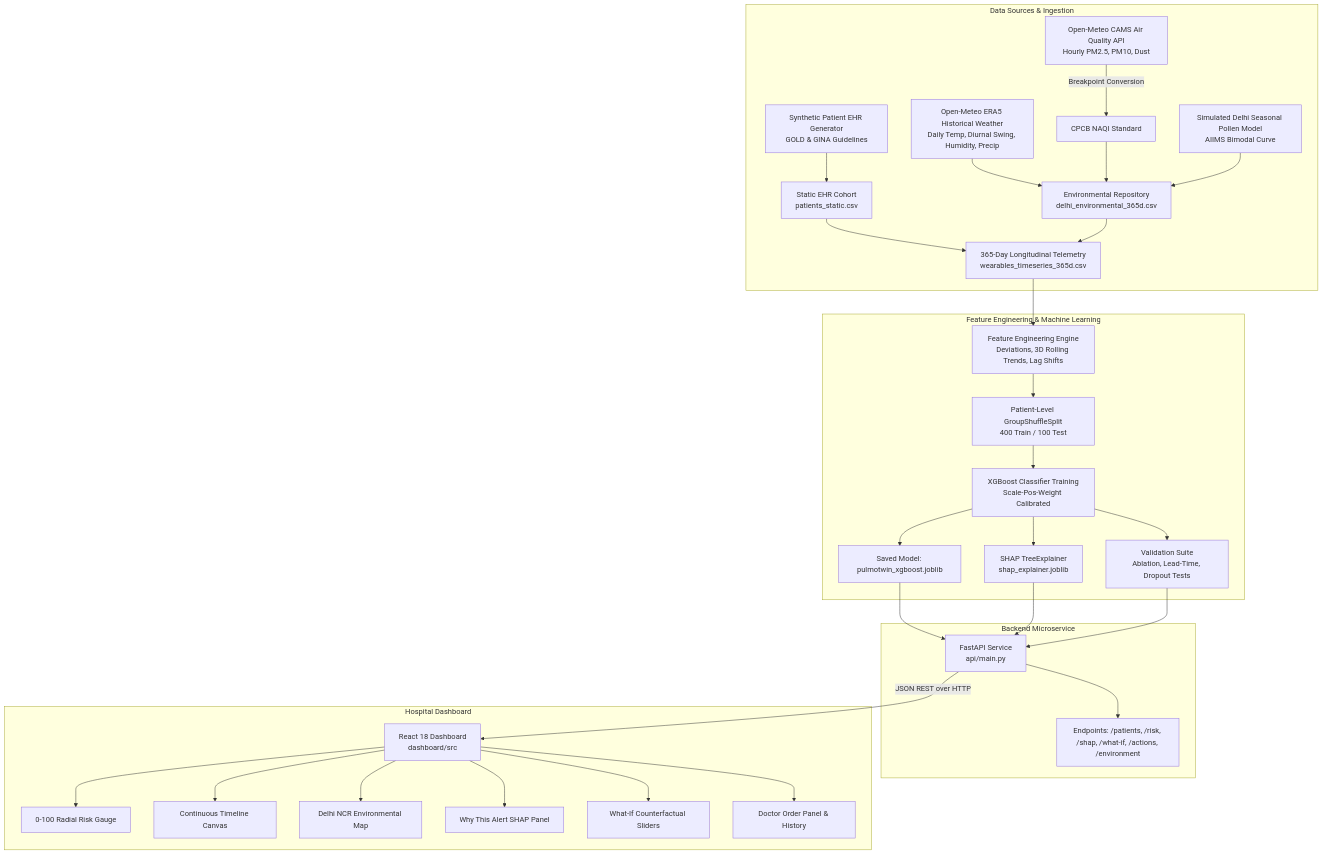
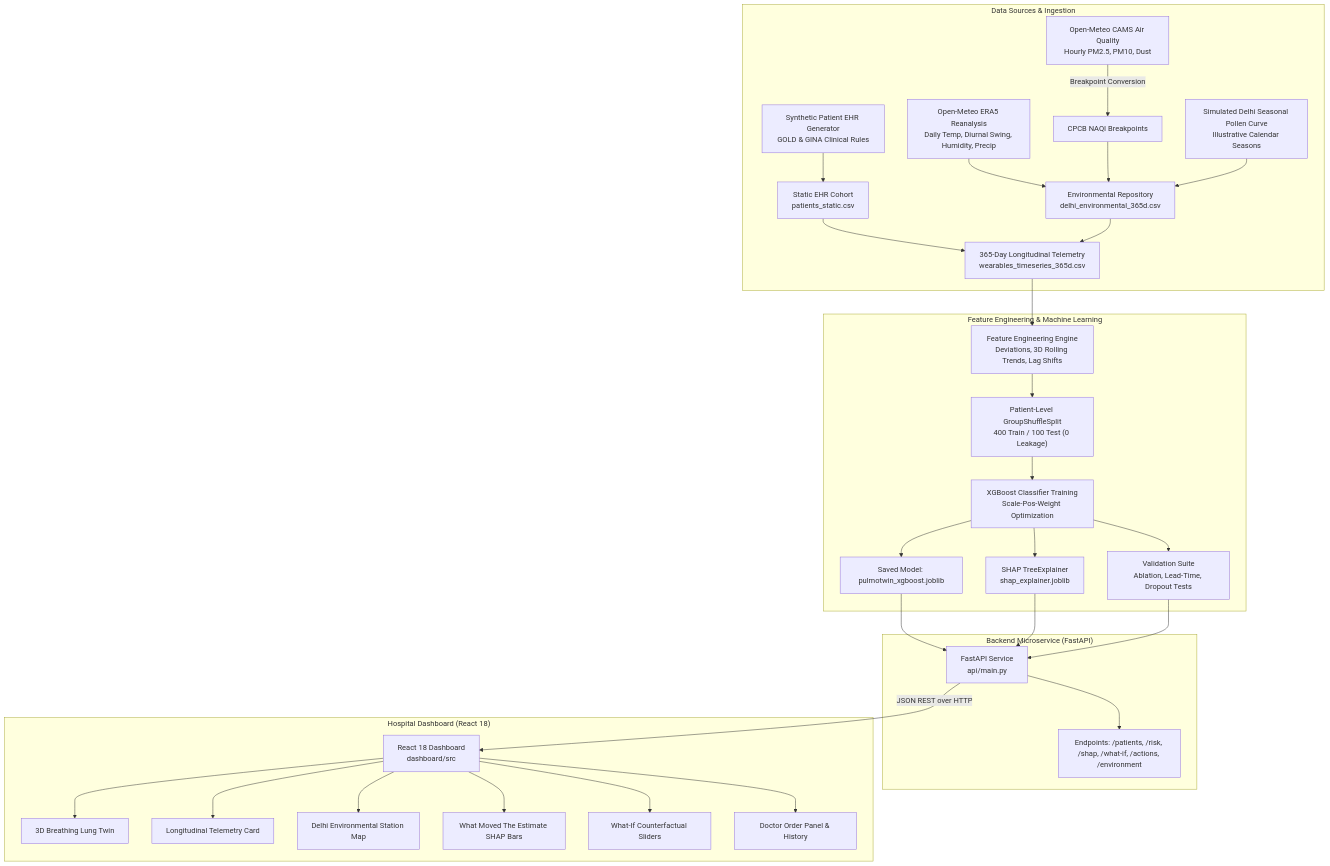
Before and after one commit to MonalikaDoda/PulmoTwin: the diagram in docs/architecture.md, drawn with Mermaid. The commit also changed other lines of this file and 11 other files, not shown here.

Commit message:
Fix ModelValidationDrawer bug, add ErrorBoundary, use real metrics everywhere, update team to Monalika Doda, and restyle telemetry to light/glass

````diff
--- a/docs/architecture.md
+++ b/docs/architecture.md
@@ -7,38 +7,38 @@
 ```mermaid
 graph TD
-    subgraph Data Sources & Ingestion
-        A[Open-Meteo CAMS Air Quality API<br/>Hourly PM2.5, PM10, Dust] -->|Breakpoint Conversion| NAQI[CPCB NAQI Standard]
-        B[Open-Meteo ERA5 Historical Weather<br/>Daily Temp, Diurnal Swing, Humidity, Precip] --> ENV[Environmental Repository<br/>delhi_environmental_365d.csv]
+    subgraph Data_Sources["Data Sources & Ingestion"]
+        A["Open-Meteo CAMS Air Quality<br/>Hourly PM2.5, PM10, Dust"] -->|"Breakpoint Conversion"| NAQI["CPCB NAQI Breakpoints"]
+        B["Open-Meteo ERA5 Reanalysis<br/>Daily Temp, Diurnal Swing, Humidity, Precip"] --> ENV["Environmental Repository<br/>delhi_environmental_365d.csv"]
         NAQI --> ENV
-        C[Simulated Delhi Seasonal Pollen Model<br/>AIIMS Bimodal Curve] --> ENV
-        D[Synthetic Patient EHR Generator<br/>GOLD & GINA Guidelines] --> PAT[Static EHR Cohort<br/>patients_static.csv]
-        PAT --> TEL[365-Day Longitudinal Telemetry<br/>wearables_timeseries_365d.csv]
+        C["Simulated Delhi Seasonal Pollen Curve<br/>Illustrative Calendar Seasons"] --> ENV
+        D["Synthetic Patient EHR Generator<br/>GOLD & GINA Clinical Rules"] --> PAT["Static EHR Cohort<br/>patients_static.csv"]
+        PAT --> TEL["365-Day Longitudinal Telemetry<br/>wearables_timeseries_365d.csv"]
         ENV --> TEL
     end
 
-    subgraph Feature Engineering & Machine Learning
-        TEL --> FEAT[Feature Engineering Engine<br/>Deviations, 3D Rolling Trends, Lag Shifts]
-        FEAT --> SPLIT[Patient-Level GroupShuffleSplit<br/>400 Train / 100 Test]
-        SPLIT --> TRAIN[XGBoost Classifier Training<br/>Scale-Pos-Weight Calibrated]
-        TRAIN --> MD[Saved Model: pulmotwin_xgboost.joblib]
-        TRAIN --> SHAP_EXP[SHAP TreeExplainer<br/>shap_explainer.joblib]
-        TRAIN --> BENCH[Validation Suite<br/>Ablation, Lead-Time, Dropout Tests]
+    subgraph Feature_Engineering["Feature Engineering & Machine Learning"]
+        TEL --> FEAT["Feature Engineering Engine<br/>Deviations, 3D Rolling Trends, Lag Shifts"]
+        FEAT --> SPLIT["Patient-Level GroupShuffleSplit<br/>400 Train / 100 Test (0 Leakage)"]
+        SPLIT --> TRAIN["XGBoost Classifier Training<br/>Scale-Pos-Weight Optimization"]
+        TRAIN --> MD["Saved Model: pulmotwin_xgboost.joblib"]
+        TRAIN --> SHAP_EXP["SHAP TreeExplainer<br/>shap_explainer.joblib"]
+        TRAIN --> BENCH["Validation Suite<br/>Ablation, Lead-Time, Dropout Tests"]
     end
 
-    subgraph Backend Microservice
-        MD --> FAST[FastAPI Service<br/>api/main.py]
+    subgraph Backend_Microservice["Backend Microservice (FastAPI)"]
+        MD --> FAST["FastAPI Service<br/>api/main.py"]
         SHAP_EXP --> FAST
         BENCH --> FAST
-        FAST --> ENDP[Endpoints: /patients, /risk, /shap, /what-if, /actions, /environment]
+        FAST --> ENDP["Endpoints: /patients, /risk, /shap, /what-if, /actions, /environment"]
     end
 
-    subgraph Hospital Dashboard
-        FAST -->|JSON REST over HTTP| REACT[React 18 Dashboard<br/>dashboard/src]
-        REACT --> VIZ1[0-100 Radial Risk Gauge]
-        REACT --> VIZ2[Continuous Timeline Canvas]
-        REACT --> VIZ3[Delhi NCR Environmental Map]
-        REACT --> VIZ4[Why This Alert SHAP Panel]
-        REACT --> VIZ5[What-If Counterfactual Sliders]
-        REACT --> VIZ6[Doctor Order Panel & History]
+    subgraph Hospital_Dashboard["Hospital Dashboard (React 18)"]
+        FAST -->|"JSON REST over HTTP"| REACT["React 18 Dashboard<br/>dashboard/src"]
+        REACT --> VIZ1["3D Breathing Lung Twin"]
+        REACT --> VIZ2["Longitudinal Telemetry Card"]
+        REACT --> VIZ3["Delhi Environmental Station Map"]
+        REACT --> VIZ4["What Moved The Estimate SHAP Bars"]
+        REACT --> VIZ5["What-If Counterfactual Sliders"]
+        REACT --> VIZ6["Doctor Order Panel & History"]
     end
 ```
````
